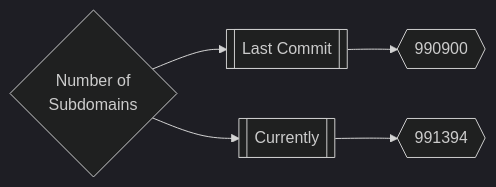
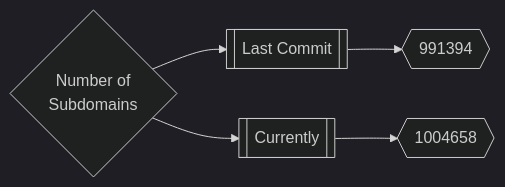
One commit to trickest/inventory changed the first of 3 diagrams in README.md. Above: the diagram before and after it, drawn with Mermaid (dark theme).

Commit message:
Update README.md Thu Aug  4 23:14:38 UTC 2022

````diff
--- a/README.md
+++ b/README.md
@@ -167,5 +167,5 @@
 ```mermaid
 graph LR
-title{Number of<br>Subdomains} --> subdomainsDate1[[Last Commit]] --> subdomainsNum1{{990900}}
-title --> subdomainsDate2[[Currently]] --> subdomainsNum2{{991394}}
+title{Number of<br>Subdomains} --> subdomainsDate1[[Last Commit]] --> subdomainsNum1{{991394}}
+title --> subdomainsDate2[[Currently]] --> subdomainsNum2{{1004658}}
 ```
````
